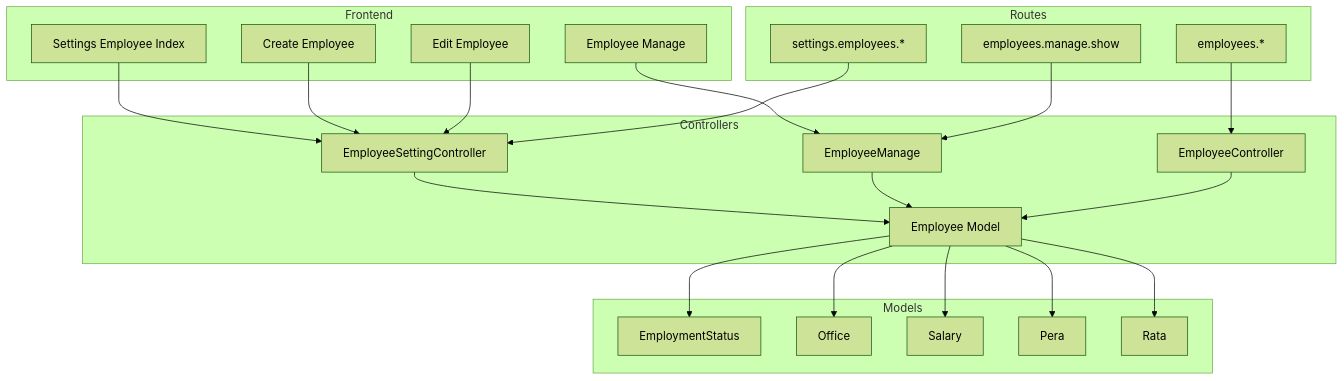
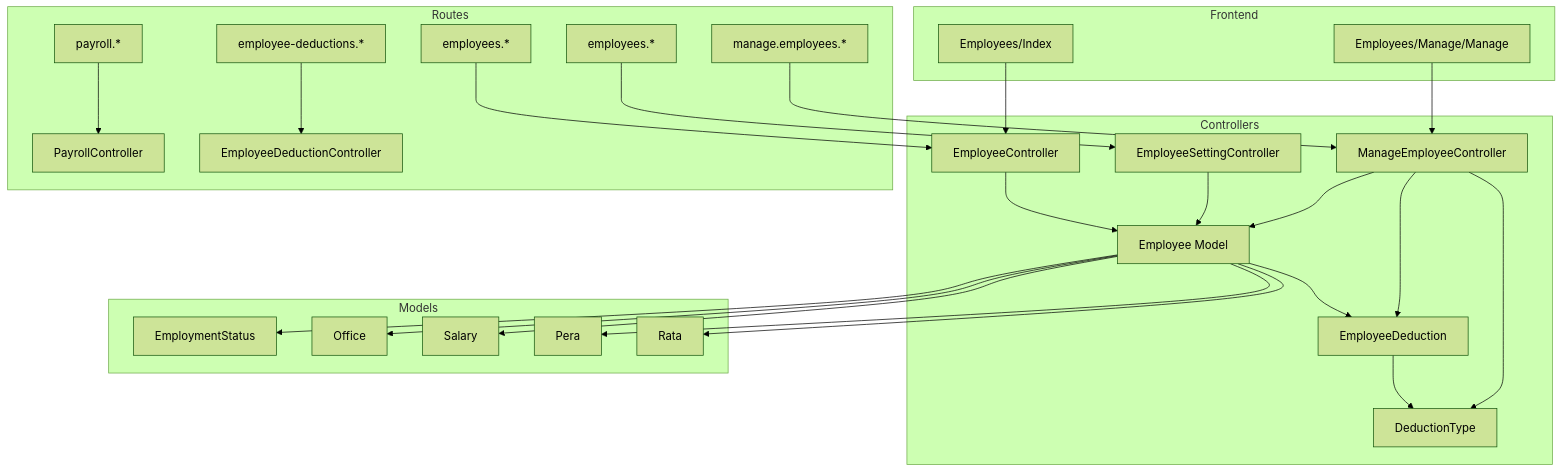
Before and after one commit to vincet0t15/template: the seventh of 7 diagrams in .qoder/repowiki/en/content/Employee Management/Employee Management.md, drawn with Mermaid (forest theme). The commit also changed other lines of this file and 8 other files, not shown here.

````diff
--- a/.qoder/repowiki/en/content/Employee Management/Employee Management.md
+++ b/.qoder/repowiki/en/content/Employee Management/Employee Management.md
@@ -550,26 +676,30 @@
 ```mermaid
 graph TB
 subgraph "Controllers"
-ESC["EmployeeSettingController"] --> EMP["Employee Model"]
-EM["EmployeeManage"] --> EMP
+ME["ManageEmployeeController"] --> EMP["Employee Model"]
+ME --> ED["EmployeeDeduction Model"]
+ME --> DT["DeductionType Model"]
+ESC["EmployeeSettingController"] --> EMP
 EC["EmployeeController"] --> EMP
 end
 subgraph "Models"
 EMP --> ES["EmploymentStatus"]
 EMP --> OFF["Office"]
 EMP --> SAL["Salary"]
 EMP --> PRA["Pera"]
 EMP --> RAT["Rata"]
+EMP --> ED["EmployeeDeduction"]
+ED --> DT["DeductionType"]
 end
 subgraph "Frontend"
-FE_INDEX["Settings Employee Index"] --> ESC
-FE_CREATE["Create Employee"] --> ESC
-FE_EDIT["Edit Employee"] --> ESC
-FE_MANAGE["Employee Manage"] --> EM
+FE_MANAGE["Employees/Manage/Manage"] --> ME
+FE_LIST["Employees/Index"] --> EC
 end
 subgraph "Routes"
-R_SETTINGS["settings.employees.*"] --> ESC
-R_EMPLOYEES["employees.*"] --> EC
-R_MANAGE["employees.manage.show"] --> EM
+R_MANAGE["manage.employees.*"] --> ME
+R_SETTINGS["employees.*"] --> ESC
+R_LEGACY["employees.*"] --> EC
+R_PAYROLL["payroll.*"] --> PayrollController
+R_DEDUCTIONS["employee-deductions.*"] --> EmployeeDeductionController
 end
 ```
````
